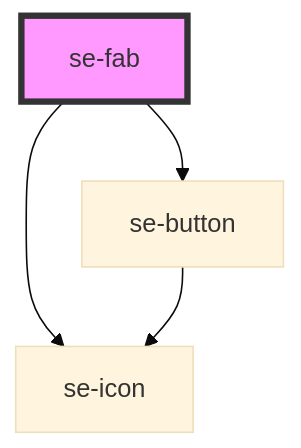
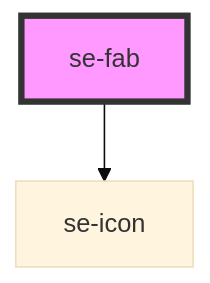
Before and after one commit to robbiemcmullense/se-web-ui: the diagram in libs/core/src/components/fab/readme.md, drawn with Mermaid (base theme). The commit also changed other lines of this file and 11 other files, not shown here.

````diff
--- a/libs/core/src/components/fab/readme.md
+++ b/libs/core/src/components/fab/readme.md
@@ -47,7 +46,5 @@
 ```mermaid
 graph TD;
-  se-fab --> se-button
   se-fab --> se-icon
-  se-button --> se-icon
   style se-fab fill:#f9f,stroke:#333,stroke-width:4px
 ```
````
